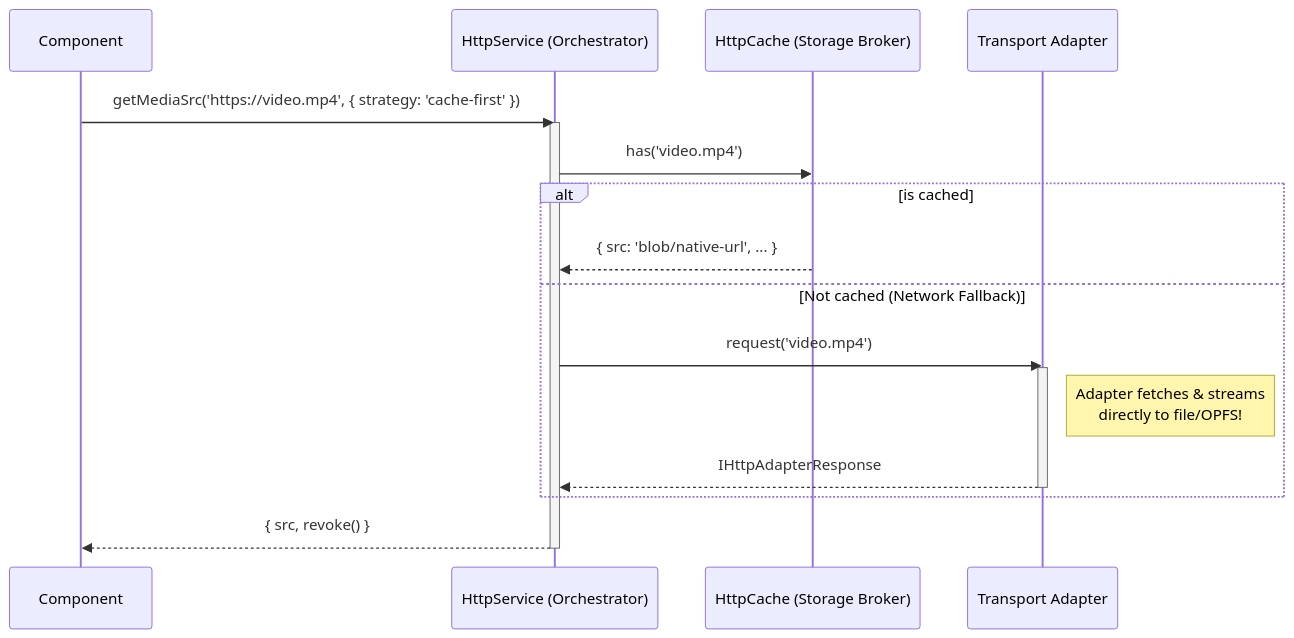
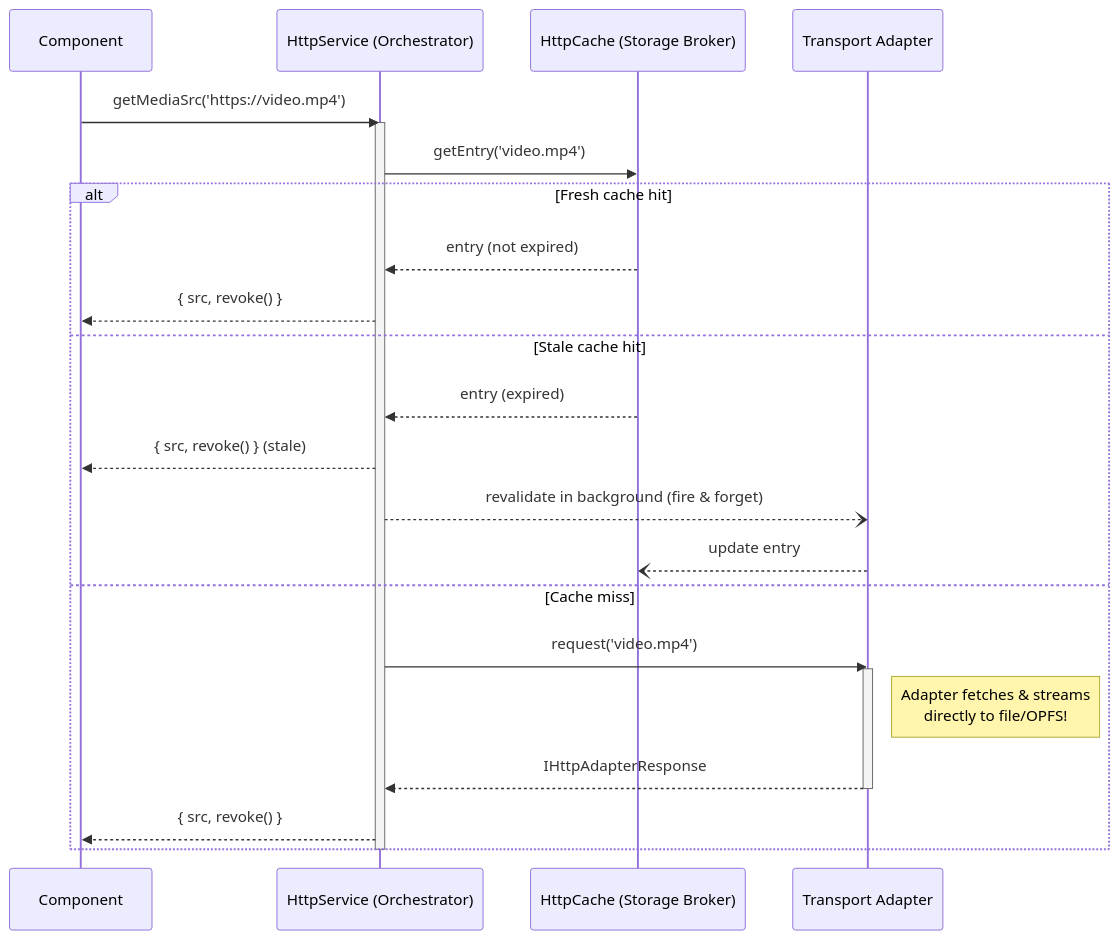
The diagram in src/app/shared/services/http/README.md (IDEMSInternational/open-app-builder), drawn with Mermaid before and after one commit. The commit also changed other lines of this file and 1 other file, not shown here.

````diff
--- a/src/app/shared/services/http/README.md
+++ b/src/app/shared/services/http/README.md
@@ -19,25 +27,31 @@
 ```mermaid
 sequenceDiagram
     participant UI as Component
     participant HS as HttpService (Orchestrator)
     participant Cache as HttpCache (Storage Broker)
     participant Adapter as Transport Adapter
 
-    UI->>HS: getMediaSrc('https://video.mp4', { strategy: 'cache-first' })
-    
+    UI->>HS: getMediaSrc('https://video.mp4')
+
     activate HS
-    HS->>Cache: has('video.mp4')
-    
-    alt is cached
-        Cache-->>HS: { src: 'blob/native-url', ... }
-    else Not cached (Network Fallback)
+    HS->>Cache: getEntry('video.mp4')
+
+    alt Fresh cache hit
+        Cache-->>HS: entry (not expired)
+        HS-->>UI: { src, revoke() }
+    else Stale cache hit
+        Cache-->>HS: entry (expired)
+        HS-->>UI: { src, revoke() } (stale)
+        HS--)Adapter: revalidate in background (fire & forget)
+        Adapter--)Cache: update entry
+    else Cache miss
         HS->>Adapter: request('video.mp4')
         activate Adapter
         Note right of Adapter: Adapter fetches & streams<br/>directly to file/OPFS!
         Adapter-->>HS: IHttpAdapterResponse
         deactivate Adapter
+        HS-->>UI: { src, revoke() }
     end
-    
-    HS-->>UI: { src, revoke() }
+
     deactivate HS
 ```
````
